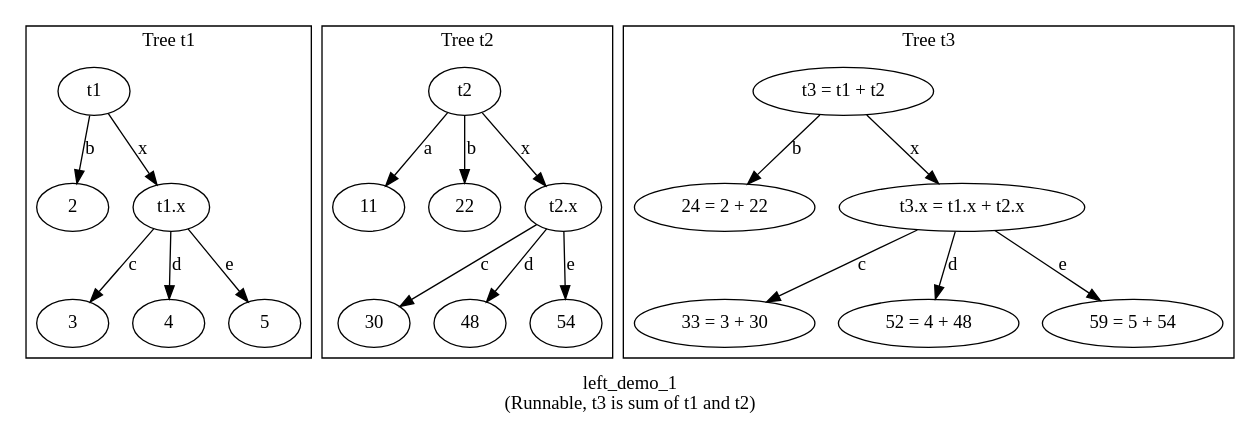
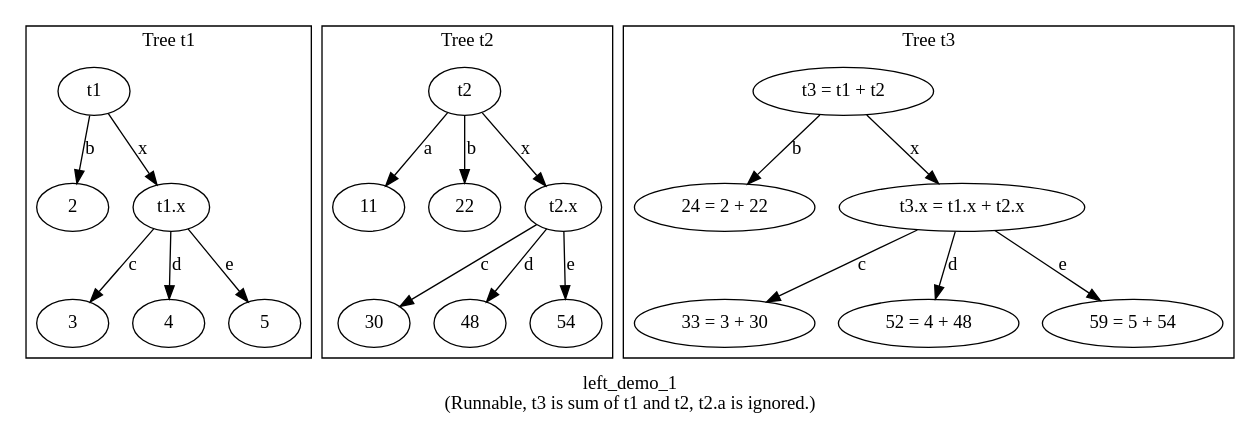
The diagram in docs/source/tutorials/advanced_usage/left_demo_1.gv (opendilab/treevalue), drawn with Graphviz before and after one commit. The commit also changed 4 other files, not shown here.

```diff
--- a/docs/source/tutorials/advanced_usage/left_demo_1.gv
+++ b/docs/source/tutorials/advanced_usage/left_demo_1.gv
@@ -1,54 +1,54 @@
 digraph {
-    label = "left_demo_1 \n(Runnable, t3 is sum of t1 and t2)";
+    label = "left_demo_1 \n(Runnable, t3 is sum of t1 and t2, t2.a is ignored.)";
     graph [bgcolor = "#ffffff00"];
 
     subgraph cluster_t1 {
     label = "Tree t1";
     t1 [label = t1];
     t1_b [label = 2];
     t1_x [label = "t1.x"];
     t1_x_c [label = 3];
     t1_x_d [label = 4];
     t1_x_e [label = 5];
 
     t1 -> t1_b [label = "b"];
     t1 -> t1_x [label = "x"];
     t1_x -> t1_x_c [label = "c"];
     t1_x -> t1_x_d [label = "d"];
     t1_x -> t1_x_e [label = "e"];
     }
 
     subgraph cluster_t2 {
     label = "Tree t2";
     t2 [label = t2];
     t2_a [label = 11];
     t2_b [label = 22];
     t2_x [label = "t2.x"];
     t2_x_c [label = 30];
     t2_x_d [label = 48];
     t2_x_e [label = 54];
 
     t2 -> t2_a [label = "a"];
     t2 -> t2_b [label = "b"];
     t2 -> t2_x [label = "x"];
     t2_x -> t2_x_c [label = "c"];
     t2_x -> t2_x_d [label = "d"];
     t2_x -> t2_x_e [label = "e"];
     }
 
     subgraph cluster_t3 {
     label = "Tree t3";
     t3 [label = "t3 = t1 + t2"];
     t3_b [label = "24 = 2 + 22"];
     t3_x [label = "t3.x = t1.x + t2.x"];
     t3_x_c [label = "33 = 3 + 30"];
     t3_x_d [label = "52 = 4 + 48"];
     t3_x_e [label = "59 = 5 + 54"];
 
     t3 -> t3_b [label = "b"];
     t3 -> t3_x [label = "x"];
     t3_x -> t3_x_c [label = "c"];
     t3_x -> t3_x_d [label = "d"];
     t3_x -> t3_x_e [label = "e"];
     }
 }
```
